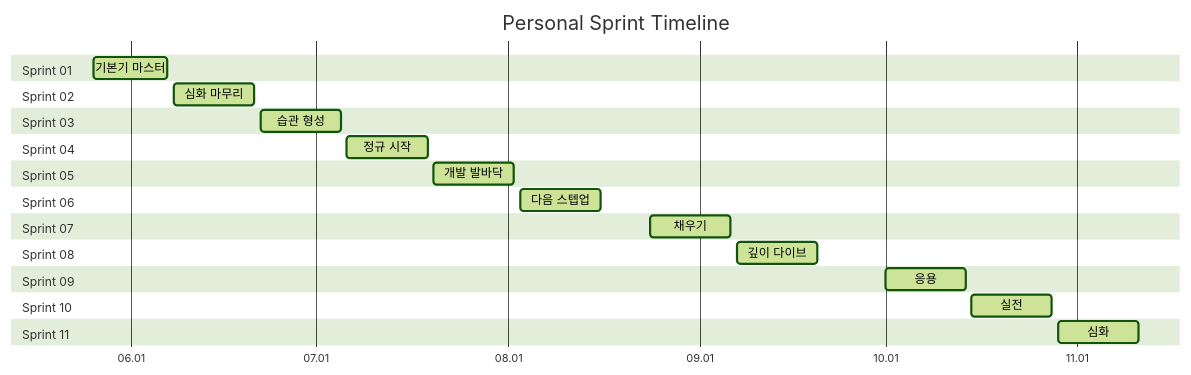
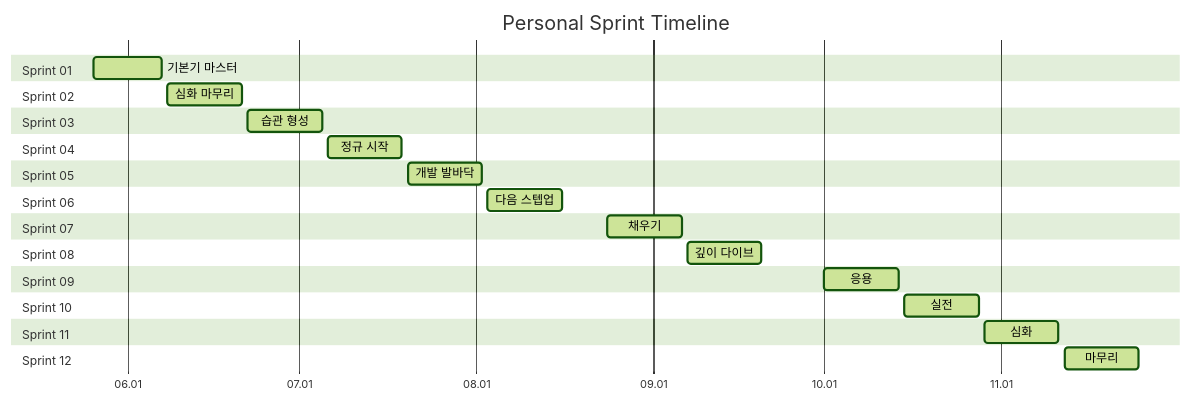
One commit to Vryez11/personal-sprint changed the diagram in README.md. Above: the diagram before and after it, drawn with Mermaid (forest theme). The commit also changed other lines of this file and 2 other files, not shown here.

Commit message:
sprint12: 껍데기 작성

````diff
--- a/README.md
+++ b/README.md
@@ -12,28 +12,30 @@
 ```mermaid
 gantt
     title Personal Sprint Timeline
     dateFormat YYYY-MM-DD
     axisFormat %m.%d
     section Sprint 01
     기본기 마스터 :active, s1, 2026-05-26, 2026-06-07
     section Sprint 02
     심화 마무리 :active, s2, 2026-06-08, 2026-06-21
     section Sprint 03
     습관 형성 :active, s3, 2026-06-22, 2026-07-05
     section Sprint 04
     정규 시작 :active, s4, 2026-07-06, 2026-07-19
     section Sprint 05
     개발 발바닥 :active, s5, 2026-07-20, 2026-08-02
     section Sprint 06
     다음 스텝업 :active, s6, 2026-08-03, 2026-08-16
     section Sprint 07
     채우기 :active, s7, 2026-08-24, 2026-09-06
     section Sprint 08
     깊이 다이브 :active, s8, 2026-09-07, 2026-09-20
     section Sprint 09
     응용 :active, s9, 2026-10-01, 2026-10-14
     section Sprint 10
     실전 :active, s10, 2026-10-15, 2026-10-28
     section Sprint 11
     심화 :active, s11, 2026-10-29, 2026-11-11
+    section Sprint 12
+    마무리 :active, s12, 2026-11-12, 2026-11-25
 ```
````
